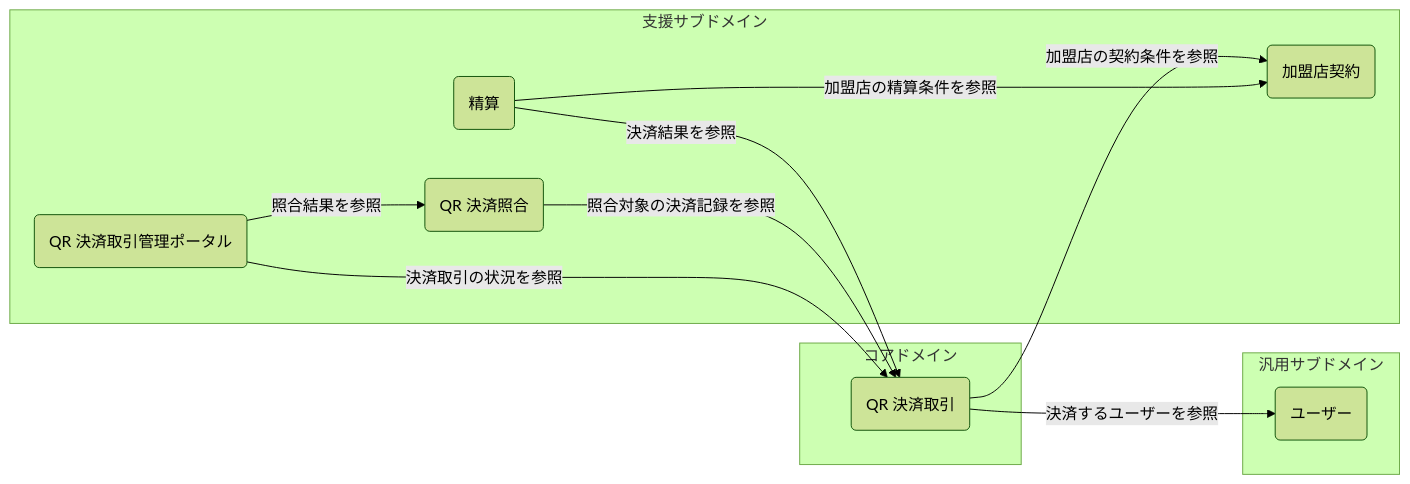
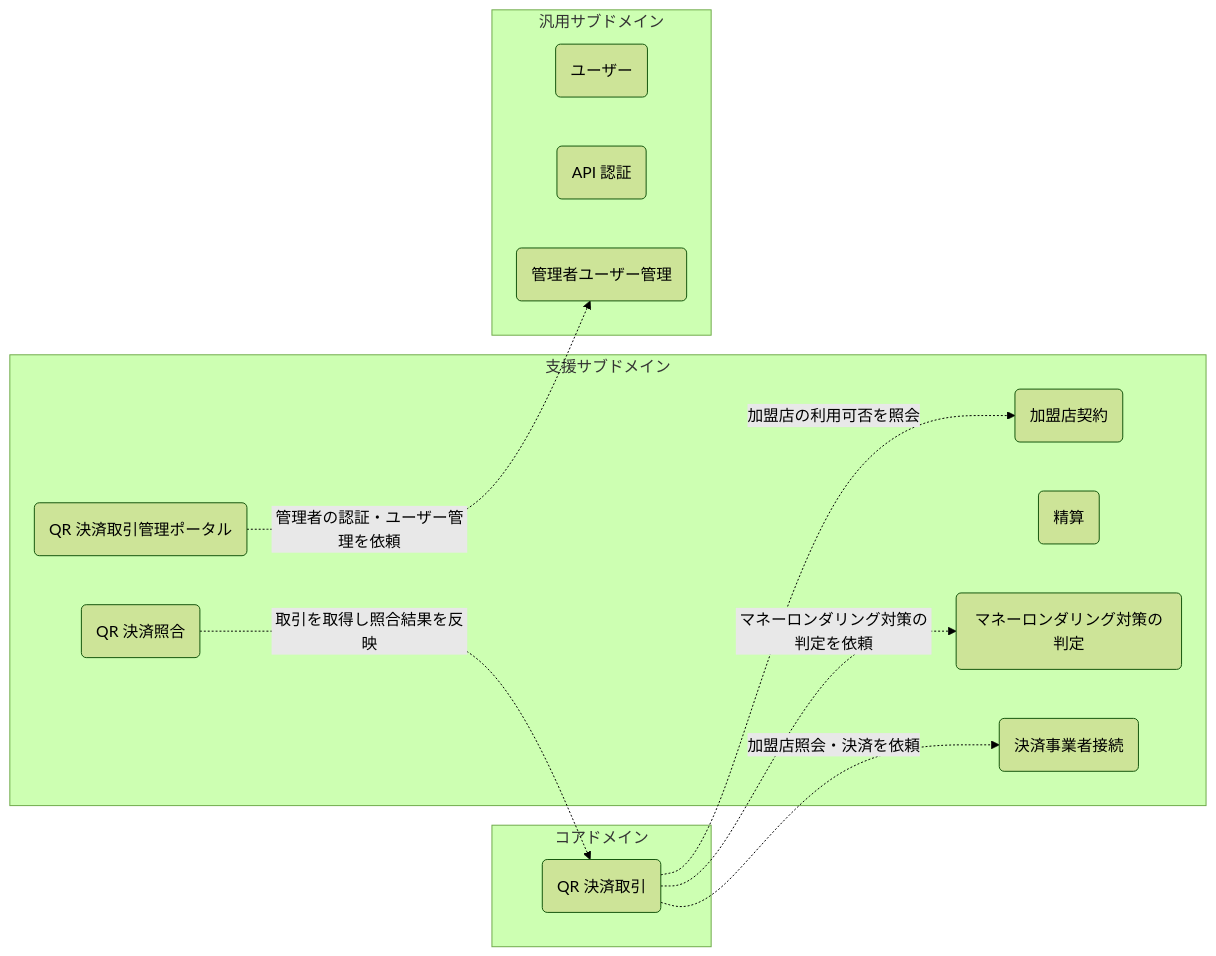
One commit to hiroki-it/tech-notebook changed the seventh of 7 diagrams in docs/software/software_application_architecture_backend_domain_driven_design.md. Above: the diagram before and after it, drawn with Mermaid (forest theme). The commit also changed other lines of this file, not shown here.

````diff
--- a/docs/software/software_application_architecture_backend_domain_driven_design.md
+++ b/docs/software/software_application_architecture_backend_domain_driven_design.md
@@ -947,23 +1215,25 @@
 ```mermaid
 flowchart LR
   subgraph core["コアドメイン"]
     transaction("QR 決済取引")
   end
   subgraph supporting["支援サブドメイン"]
     merchant("加盟店契約")
     settlement("精算")
     reconciliation("QR 決済照合")
     portal("QR 決済取引管理ポータル")
+    antiMoneyLaundering("マネーロンダリング対策の判定")
+    connector("決済事業者接続")
   end
   subgraph generic["汎用サブドメイン"]
     user("ユーザー")
+    authentication("API 認証")
+    administrator("管理者ユーザー管理")
   end
 
-  transaction -->|加盟店の契約条件を参照| merchant
-  transaction -->|決済するユーザーを参照| user
-  settlement -->|決済結果を参照| transaction
-  settlement -->|加盟店の精算条件を参照| merchant
-  reconciliation -->|照合対象の決済記録を参照| transaction
-  portal -->|決済取引の状況を参照| transaction
-  portal -->|照合結果を参照| reconciliation
+  transaction -.->|加盟店の利用可否を照会| merchant
+  transaction -.->|マネーロンダリング対策の判定を依頼| antiMoneyLaundering
+  transaction -.->|加盟店照会・決済を依頼| connector
+  reconciliation -.->|取引を取得し照合結果を反映| transaction
+  portal -.->|管理者の認証・ユーザー管理を依頼| administrator
 ```
````
